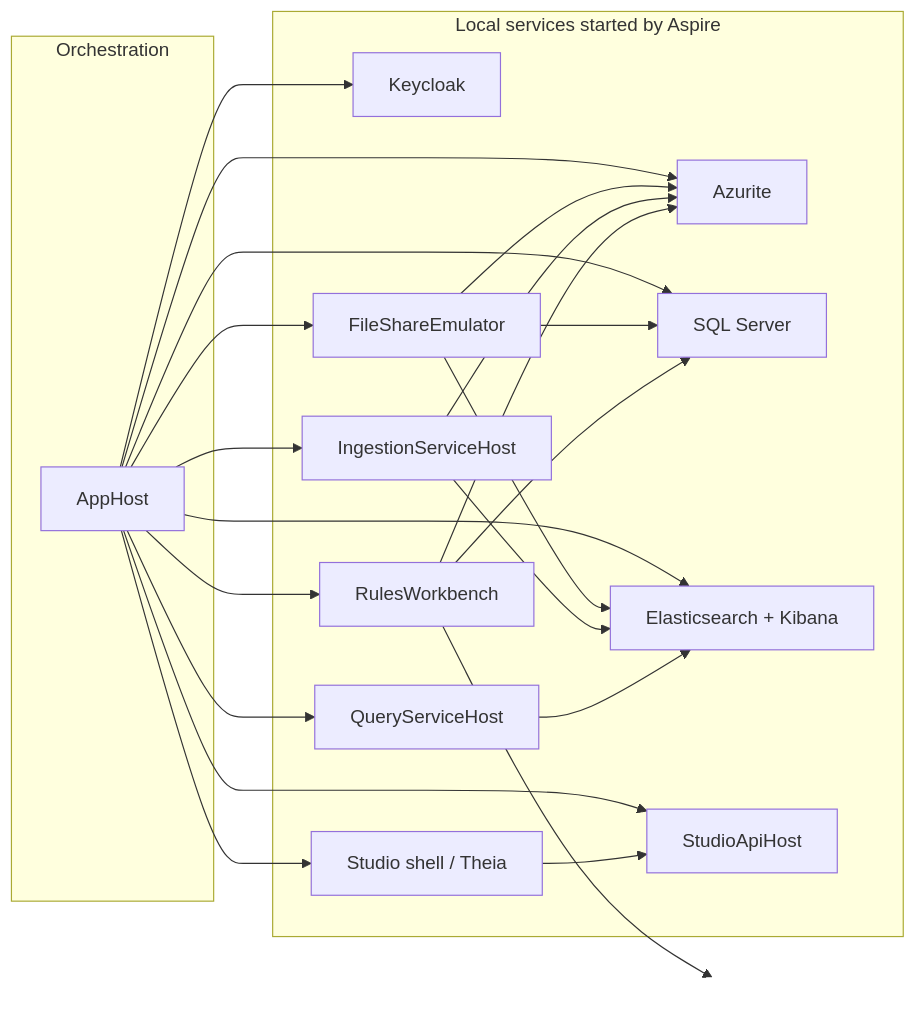
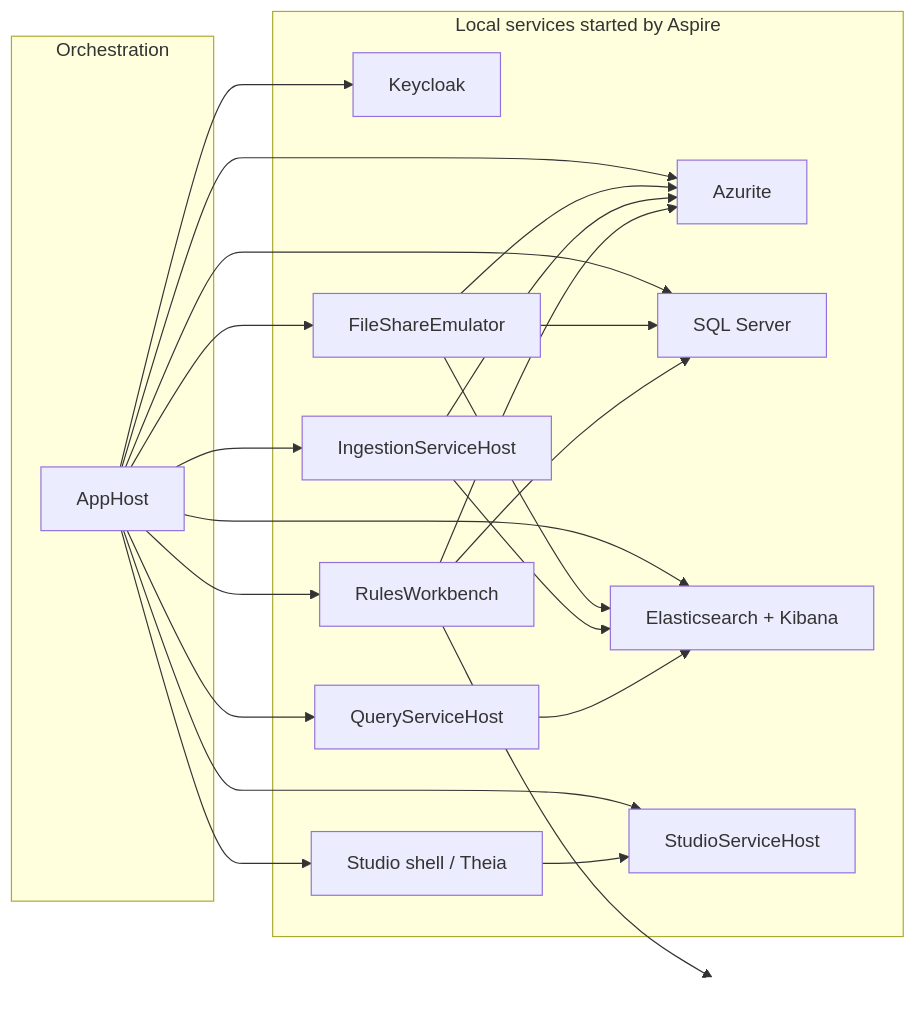
The second of 2 diagrams in wiki/Solution-Architecture.md (UKHO/UKHO.Search), drawn with Mermaid before and after one commit. The commit also changed other lines of this file and 123 other files, not shown here.

````diff
--- a/wiki/Solution-Architecture.md
+++ b/wiki/Solution-Architecture.md
@@ -160,44 +160,44 @@
 ```mermaid
 flowchart LR
     subgraph Orchestration
         AH[AppHost]
     end
 
     subgraph LocalServices[Local services started by Aspire]
         AZ[Azurite]
         SQL[SQL Server]
         ES[Elasticsearch + Kibana]
         KC[Keycloak]
         ING[IngestionServiceHost]
         QRY[QueryServiceHost]
-        STAPI[StudioApiHost]
+        STAPI[StudioServiceHost]
         STSHELL[Studio shell / Theia]
         FSE[FileShareEmulator]
         RWB[RulesWorkbench]
     end
 
     AH --> AZ
     AH --> SQL
     AH --> ES
     AH --> KC
     AH --> ING
     AH --> QRY
     AH --> STAPI
     AH --> STSHELL
     AH --> FSE
     AH --> RWB
 
     FSE --> SQL
     FSE --> AZ
     FSE --> ES
     ING --> AZ
     ING --> ES
     QRY --> ES
     STSHELL --> STAPI
     RWB --> SQL
     RWB --> AZ
     RWB --> PAD[ ]
 
     classDef hidden fill:#ffffff,stroke:#ffffff,color:#ffffff;
     class PAD hidden;
 ```
````
